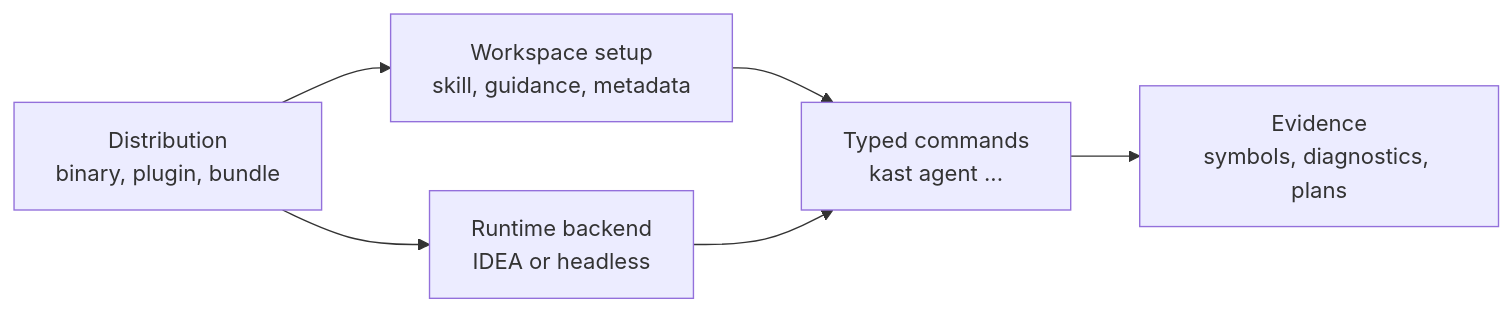
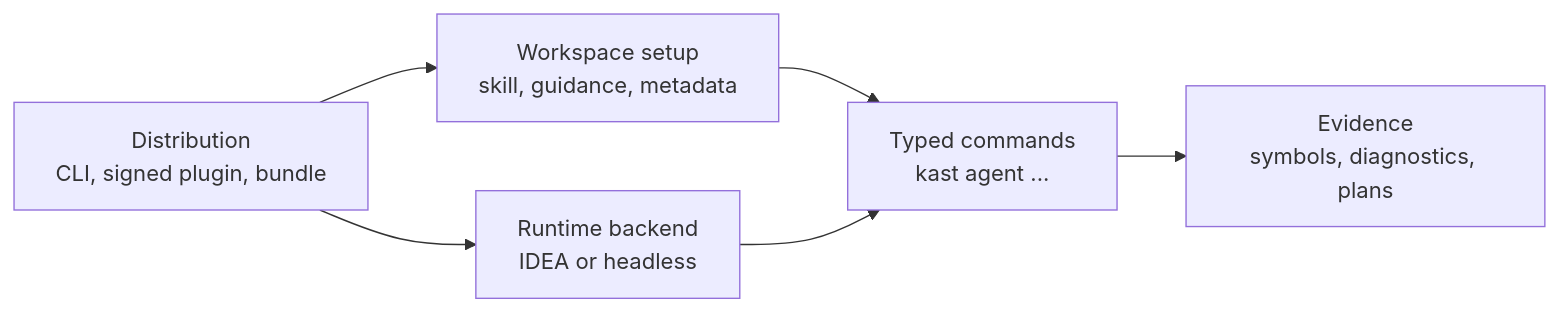
One commit to amichne/kast changed the diagram in docs/index.md. Above: the diagram before and after it, drawn with Mermaid. The commit also changed other lines of this file and 91 other files, not shown here.

First line of the commit message:
feat: cut over CLI and plugin installation authority (#389)

````diff
--- a/docs/index.md
+++ b/docs/index.md
@@ -74,14 +74,14 @@
 ```mermaid
 flowchart LR
-    distribution["Distribution<br/>binary, plugin, bundle"]
+    distribution["Distribution<br/>CLI, signed plugin, bundle"]
     setup["Workspace setup<br/>skill, guidance, metadata"]
     runtime["Runtime backend<br/>IDEA or headless"]
     commands["Typed commands<br/>kast agent ..."]
     evidence["Evidence<br/>symbols, diagnostics, plans"]
 
     distribution --> setup
     distribution --> runtime
     setup --> commands
     runtime --> commands
     commands --> evidence
 ```
````
